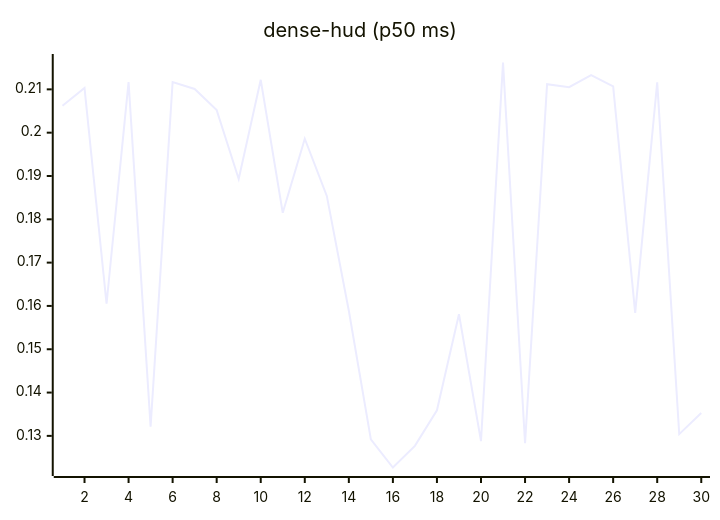
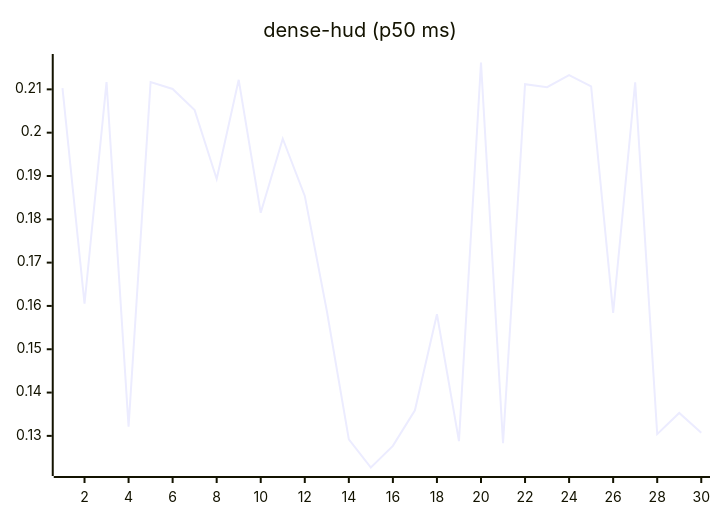
The eighth of 27 diagrams in README.md (josha/Facet), drawn with Mermaid before and after one commit. The commit also changed other lines of this file and 2 other files, not shown here.

````diff
--- a/README.md
+++ b/README.md
@@ -112,6 +112,6 @@
 ```mermaid
 xychart-beta
     title "dense-hud (p50 ms)"
     x-axis 1 --> 30
-    line [0.2062, 0.2103, 0.1605, 0.2117, 0.1321, 0.2117, 0.2101, 0.2052, 0.1893, 0.2122, 0.1815, 0.1986, 0.1854, 0.1589, 0.1292, 0.1227, 0.1277, 0.1359, 0.1581, 0.1288, 0.2162, 0.1283, 0.2112, 0.2105, 0.2133, 0.2107, 0.1584, 0.2116, 0.1304, 0.1353]
+    line [0.2103, 0.1605, 0.2117, 0.1321, 0.2117, 0.2101, 0.2052, 0.1893, 0.2122, 0.1815, 0.1986, 0.1854, 0.1589, 0.1292, 0.1227, 0.1277, 0.1359, 0.1581, 0.1288, 0.2162, 0.1283, 0.2112, 0.2105, 0.2133, 0.2107, 0.1584, 0.2116, 0.1304, 0.1353, 0.1307]
 ```
````
